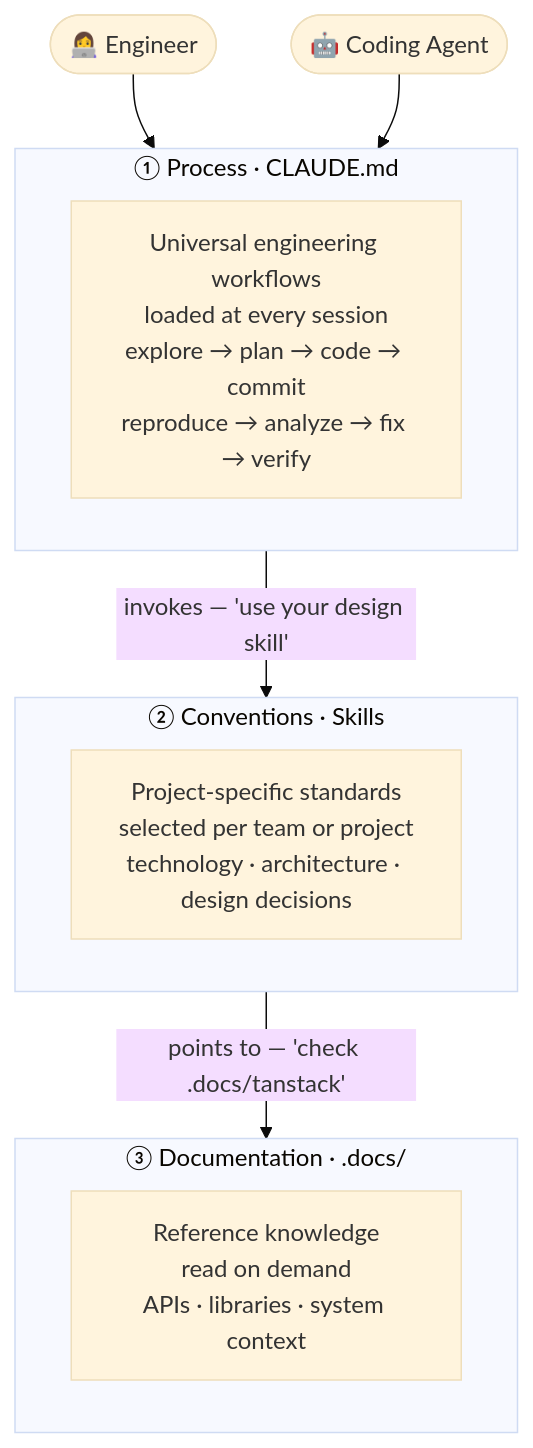
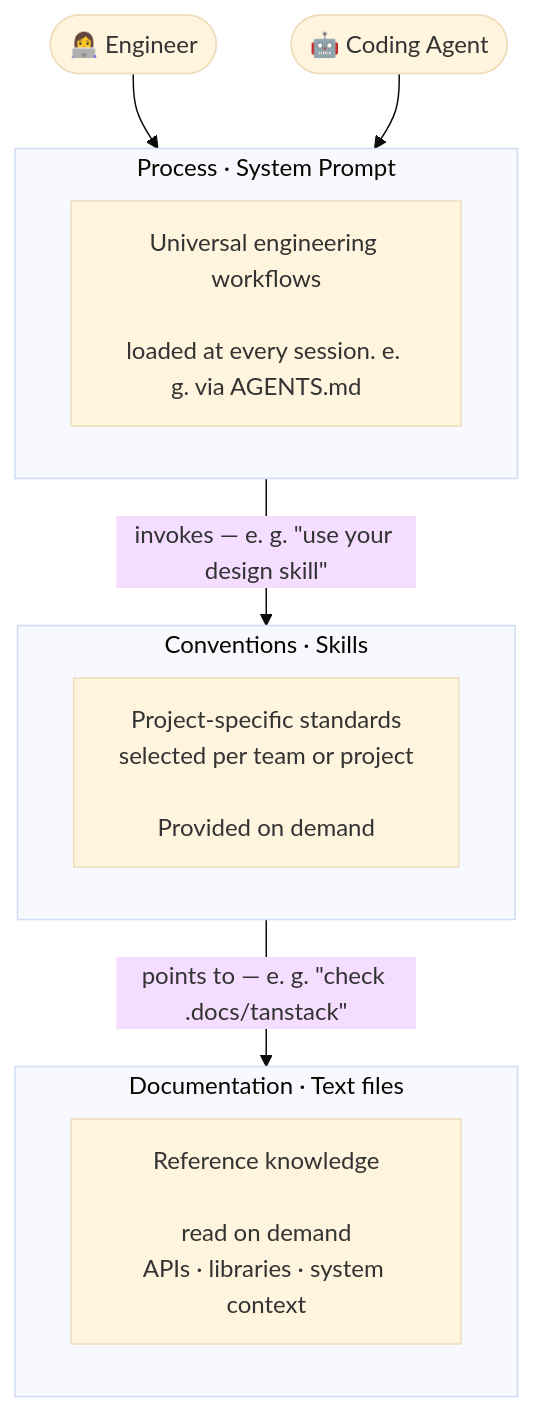
Before and after one commit to codemcp/ade: the diagram in README.md, drawn with Mermaid (base theme). The commit also changed other lines of this file, not shown here.

````diff
--- a/README.md
+++ b/README.md
@@ -59,23 +53,23 @@
 ```mermaid
 flowchart TD
     Engineer(["👩‍💻 Engineer"])
     Agent(["🤖 Coding Agent"])
 
     Engineer --> Process
     Agent --> Process
 
-    subgraph Process ["① Process · CLAUDE.md"]
-        P["Universal engineering workflows\nloaded at every session\nexplore → plan → code → commit\nreproduce → analyze → fix → verify"]
+    subgraph Process ["Process · System Prompt"]
+        P["Universal engineering workflows<br><br>loaded at every session. e. g. via AGENTS.md"]
     end
 
-    subgraph Conventions ["② Conventions · Skills"]
-        S["Project-specific standards\nselected per team or project\ntechnology · architecture · design decisions"]
+    subgraph Conventions ["Conventions · Skills"]
+        S["Project-specific standards<br>selected per team or project<br><br>Provided on demand"]
     end
 
-    subgraph Documentation ["③ Documentation · .docs/"]
-        D["Reference knowledge\nread on demand\nAPIs · libraries · system context"]
+    subgraph Documentation ["Documentation · Text files"]
+        D["Reference knowledge<br><br>read on demand<br>APIs · libraries · system context"]
     end
 
-    Process -->|"invokes — 'use your design skill'"| Conventions
-    Conventions -->|"points to — 'check .docs/tanstack'"| Documentation
+    Process -->|"invokes — e. g. &quot;use your design skill&quot;"| Conventions
+    Conventions -->|"points to — e. g. &quot;check .docs/tanstack&quot;"| Documentation
 ```
````
